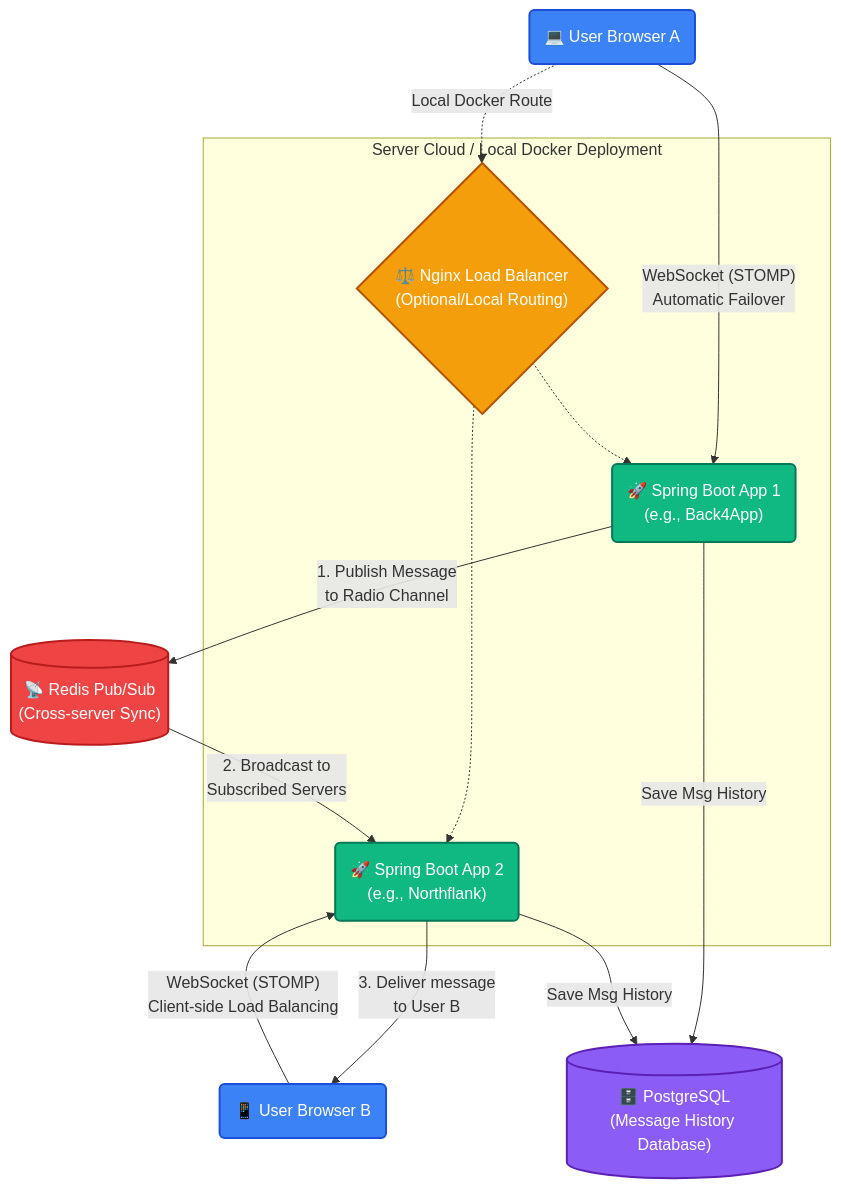
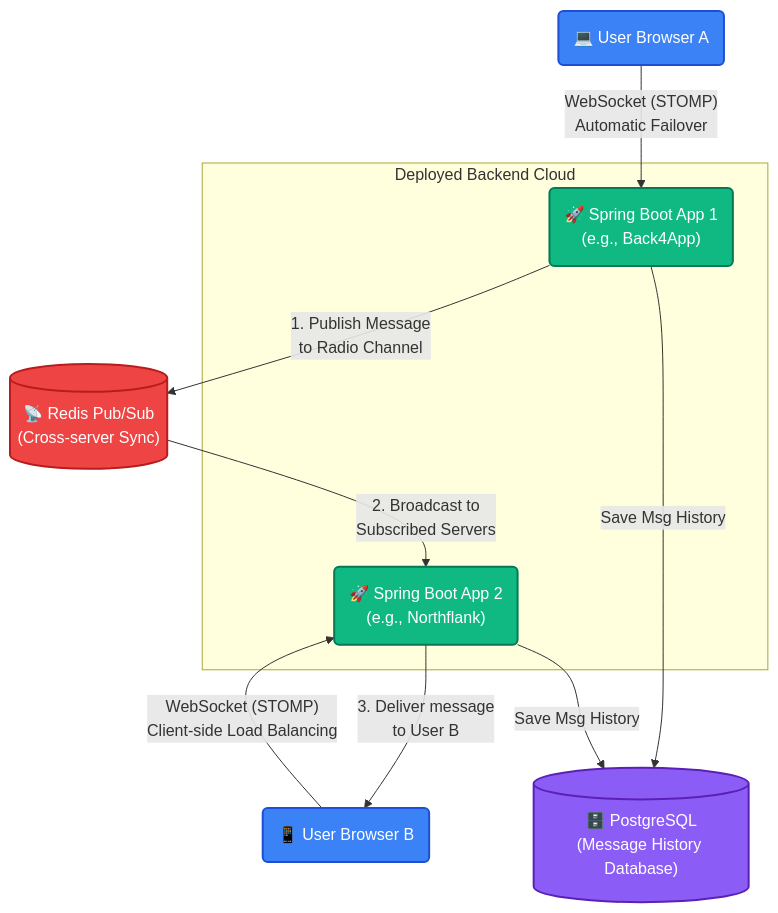
The diagram in README.md (vipiin/realtime-notfication-service), drawn with Mermaid before and after one commit.

Commit message:
docs: remove Nginx out of the diagram to focus on pure client-side load balancing

````diff
--- a/README.md
+++ b/README.md
@@ -33,36 +33,32 @@
 ```mermaid
 graph TD
     %% Styles
     classDef client fill:#3b82f6,stroke:#1d4ed8,stroke-width:2px,color:#fff;
     classDef proxy fill:#f59e0b,stroke:#b45309,stroke-width:2px,color:#fff;
     classDef app fill:#10b981,stroke:#047857,stroke-width:2px,color:#fff;
     classDef db fill:#8b5cf6,stroke:#5b21b6,stroke-width:2px,color:#fff;
     classDef redis fill:#ef4444,stroke:#b91c1c,stroke-width:2px,color:#fff;
 
     %% Nodes
     C1("💻 User Browser A"):::client
     C2("📱 User Browser B"):::client
 
-    subgraph Server Cloud / Local Docker Deployment
-        Nginx{"⚖️ Nginx Load Balancer<br/>(Optional/Local Routing)"}:::proxy
+    subgraph Deployed Backend Cloud
         App1("🚀 Spring Boot App 1<br/>(e.g., Back4App)"):::app
         App2("🚀 Spring Boot App 2<br/>(e.g., Northflank)"):::app
     end
 
     Redis[("📡 Redis Pub/Sub<br/>(Cross-server Sync)")]:::redis
     Postgres[("🗄️ PostgreSQL<br/>(Message History Database)")]:::db
 
     %% Connections
     C1 -- "WebSocket (STOMP)\nAutomatic Failover" --> App1
     C2 -- "WebSocket (STOMP)\nClient-side Load Balancing" --> App2
     
-    C1 -. "Local Docker Route" .-> Nginx
-    Nginx -.-> App1 & App2
-    
     App1 -- "1. Publish Message\nto Radio Channel" --> Redis
     Redis -- "2. Broadcast to\nSubscribed Servers" --> App2
     App2 -- "3. Deliver message\nto User B" --> C2
     
     App1 -- "Save Msg History" --> Postgres
     App2 -- "Save Msg History" --> Postgres
 ```
````
